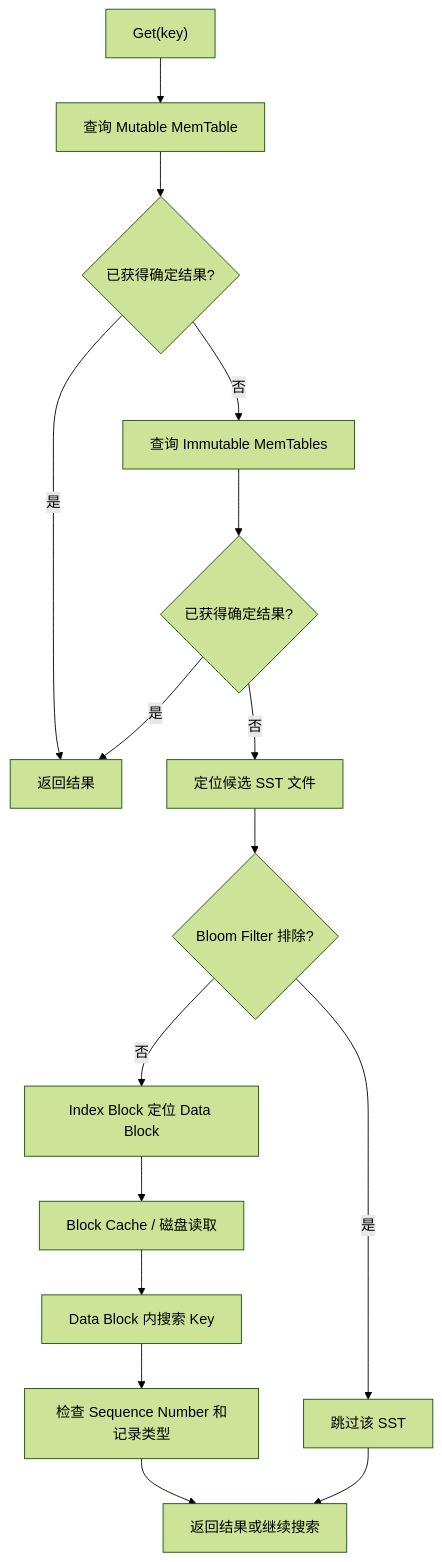
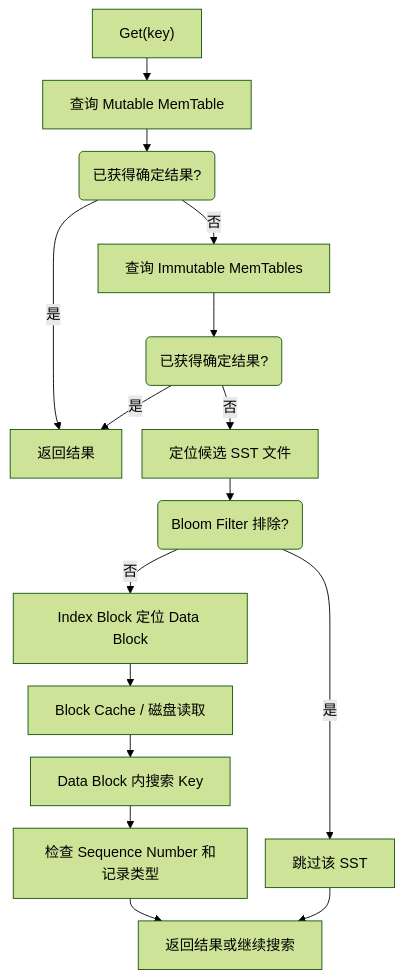
Before and after one commit to sleepyLeo6/cmu_15445: the first of 6 diagrams in rocksdb_notes/Get().md, drawn with Mermaid (forest theme). The commit also changed other lines of this file and 2 other files, not shown here.

````diff
--- a/rocksdb_notes/Get().md
+++ b/rocksdb_notes/Get().md
@@ -8,18 +8,19 @@
 ```mermaid
+%%{init: {"flowchart": {"nodeSpacing": 20, "rankSpacing": 25}}}%%
 flowchart TD
     A["Get(key)"] --> B["查询 Mutable MemTable"]
-    B --> C{"已获得确定结果?"}
+    B --> C("已获得确定结果?")
     C -->|是| Z["返回结果"]
     C -->|否| D["查询 Immutable MemTables"]
-    D --> E{"已获得确定结果?"}
+    D --> E("已获得确定结果?")
     E -->|是| Z
     E -->|否| F["定位候选 SST 文件"]
-    F --> G{"Bloom Filter 排除?"}
+    F --> G("Bloom Filter 排除?")
     G -->|是| H["跳过该 SST"]
     G -->|否| I["Index Block 定位 Data Block"]
     I --> J["Block Cache / 磁盘读取"]
     J --> K["Data Block 内搜索 Key"]
     K --> L["检查 Sequence Number 和记录类型"]
     L --> M["返回结果或继续搜索"]
     H --> M
 ```
````
